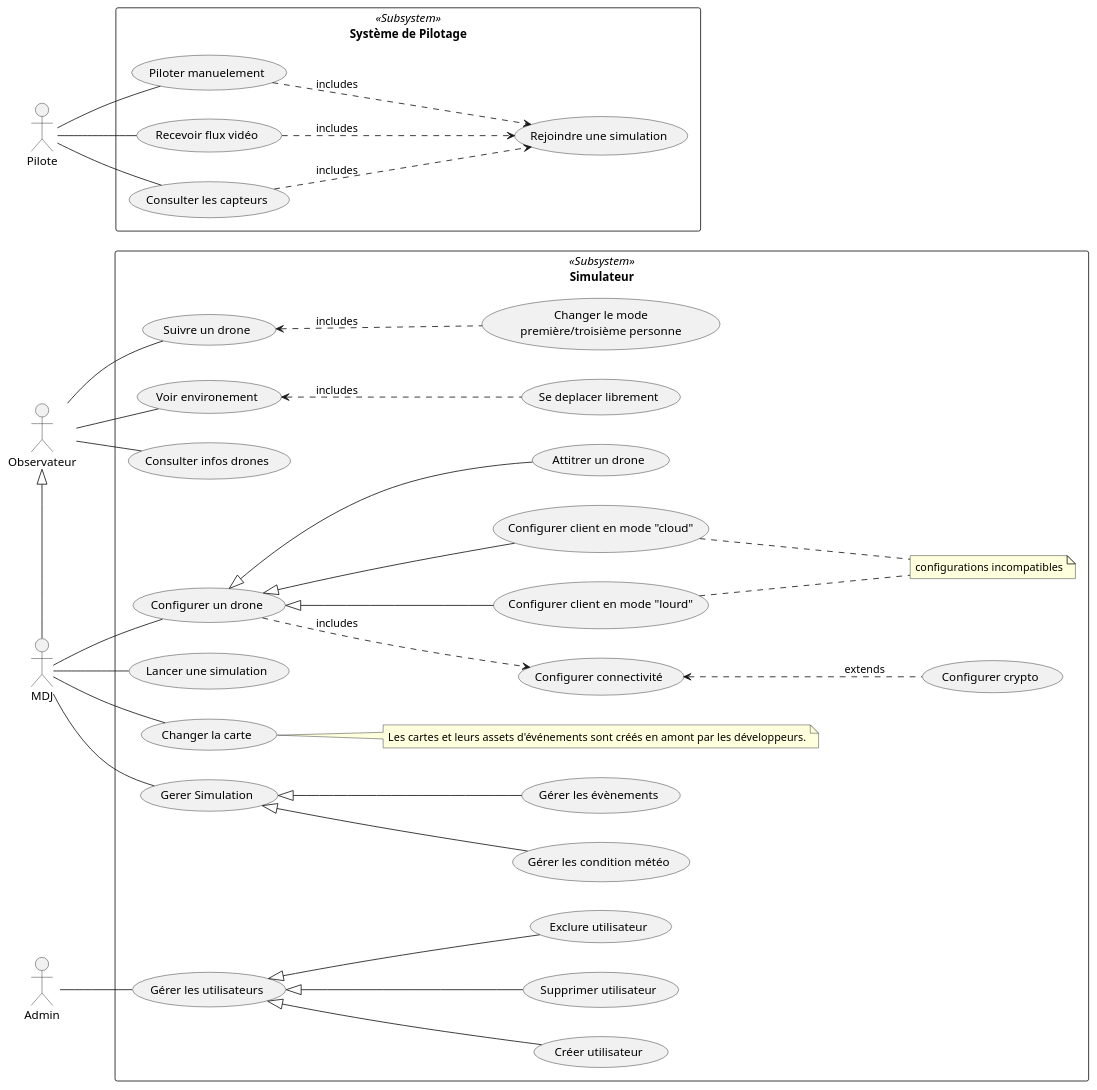
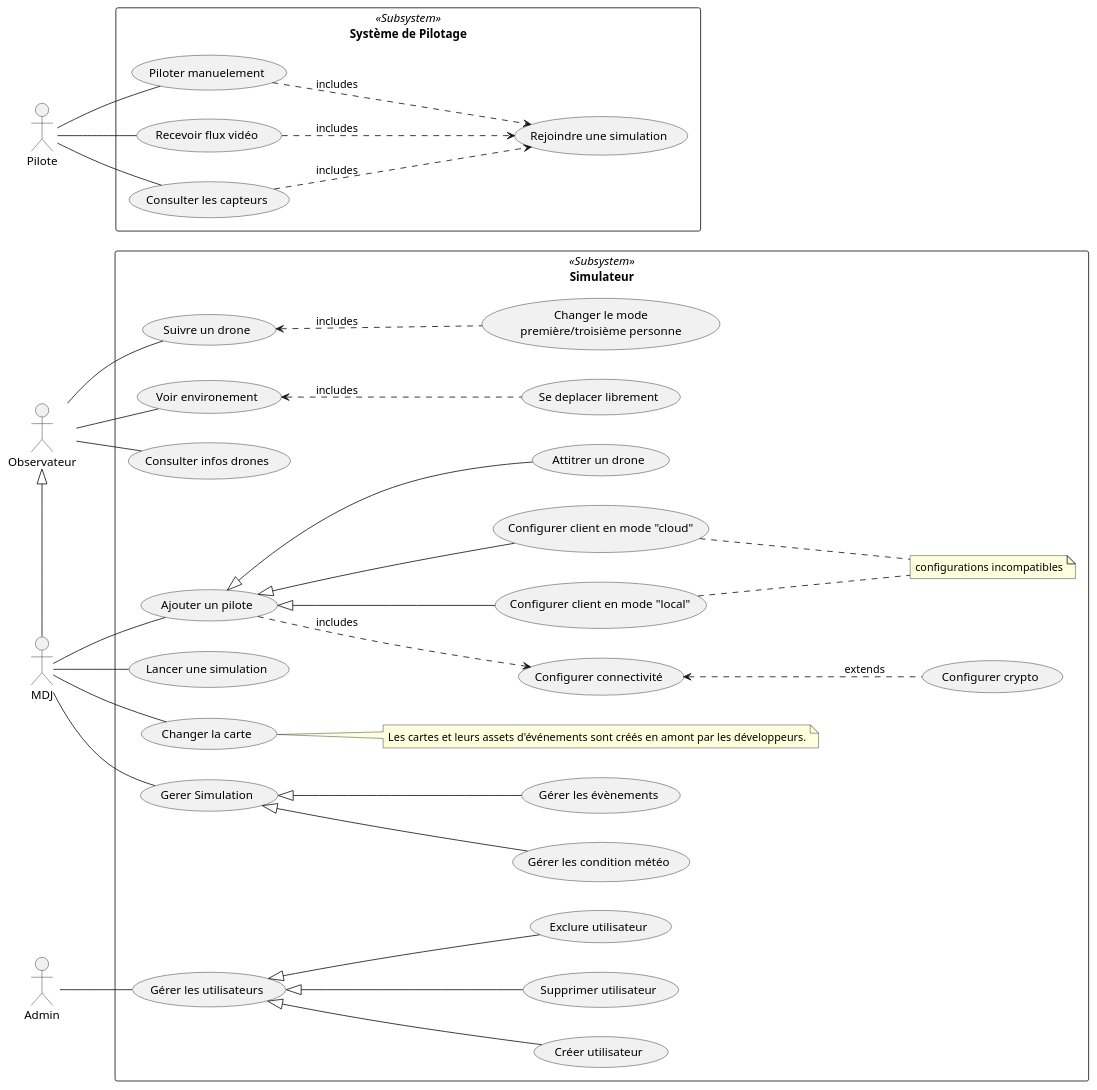
The diagram in doc/simulateur_uc.puml (tombartos/SAE-DRONE), drawn with PlantUML before and after one commit. The commit also changed 1 other file, not shown here.

```diff
--- a/doc/simulateur_uc.puml
+++ b/doc/simulateur_uc.puml
@@ -1,67 +1,67 @@
 @startuml
 
 left to right direction
 
 actor Observateur
 actor MDJ
 actor Pilote
 actor Admin
 'actor Admin
 
 rectangle "Système de Pilotage" <<Subsystem>> as SysPilot {
     Pilote -- (Piloter manuelement)
     Pilote -- (Recevoir flux vidéo)
     Pilote -- (Consulter les capteurs)
 
     (Recevoir flux vidéo) ..> (Rejoindre une simulation) : includes
     (Piloter manuelement) ..> (Rejoindre une simulation) : includes
     (Consulter les capteurs) ..> (Rejoindre une simulation) : includes
 }
 
 MDJ -left-|> Observateur
 
 rectangle Simulateur <<Subsystem>> {
 
     usecase (Suivre un drone) as follow_drone
 
     follow_drone <.down. (Changer le mode\npremière/troisième personne) : includes
     (Voir environement) <.. (Se deplacer librement) : includes
 
     Observateur -- (Voir environement)
     Observateur -- follow_drone
     Observateur -- (Consulter infos drones)
 
-    usecase (Configurer un drone) as cfg_drone
+    usecase (Ajouter un pilote) as cfg_drone
     usecase (Configurer connectivité) as cfg_conn
     usecase (Configurer crypto) as cfg_crypt
-    usecase (Configurer client en mode "lourd") as cfg_ardu_ss
+    usecase (Configurer client en mode "local") as cfg_ardu_ss
     usecase (Configurer client en mode "cloud") as cfg_ardu_cs
     usecase (Attitrer un drone) as cfg_attrib_drone
     usecase (Lancer une simulation) as cfg_sim
     note "configurations incompatibles" as mutex1
     note "Les cartes et leurs assets d'événements sont créés en amont par les développeurs." as note1
 
     cfg_drone .down.> cfg_conn : includes
     cfg_conn <.down. cfg_crypt : extends
     cfg_drone <|-- cfg_ardu_ss
     cfg_drone <|-- cfg_ardu_cs
     cfg_ardu_ss .. mutex1
     cfg_ardu_cs .. mutex1
     cfg_drone <|--  cfg_attrib_drone
 
     MDJ -- (Changer la carte)
     (Changer la carte) .. note1
     MDJ -- (Gerer Simulation)
     (Gerer Simulation) <|-- (Gérer les condition météo)
     (Gerer Simulation) <|-- (Gérer les évènements)
     MDJ -- cfg_drone
     MDJ -- cfg_sim
 
     Admin -- (Gérer les utilisateurs)
     (Gérer les utilisateurs) <|-- (Créer utilisateur)
     (Gérer les utilisateurs) <|-- (Supprimer utilisateur)
     (Gérer les utilisateurs) <|-- (Exclure utilisateur)
 
 }
 
 @enduml
```
